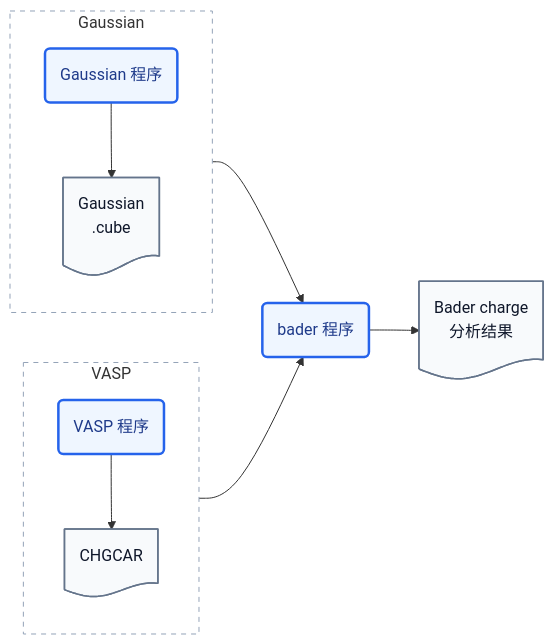
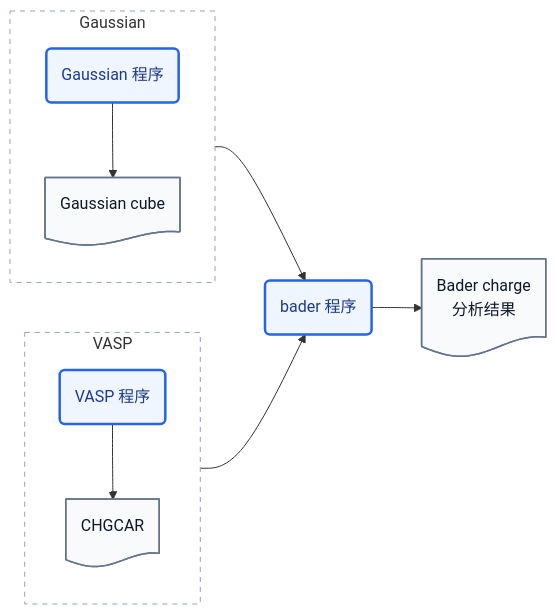
One commit to bzzlfd/bader-tools changed the first of 2 diagrams in README.md. Above: the diagram before and after it, drawn with Mermaid. The commit also changed other lines of this file, not shown here.

````diff
--- a/README.md
+++ b/README.md
@@ -17,27 +11,27 @@
 ```mermaid
 flowchart LR
     subgraph vasp["VASP"]
         direction TB
         vasp_program("VASP 程序")
         chgcar@{ shape: doc, label: "CHGCAR" }
         vasp_program --> chgcar
     end
 
     subgraph gaussian["Gaussian"]
         direction TB
         gaussian_program("Gaussian 程序")
-        cube@{ shape: doc, label: "Gaussian<br/>.cube" }
+        cube@{ shape: doc, label: "Gaussian cube" }
         gaussian_program --> cube
     end
 
-    chgcar --> bader("bader 程序")
-    cube --> bader
+    cube --> bader("bader 程序")
+    chgcar --> bader
     bader --> charge@{ shape: doc, label: "Bader charge<br/>分析结果" }
 
     classDef program fill:#eff6ff,stroke:#2563eb,color:#1e3a8a,stroke-width:2.5px
     classDef file fill:#f8fafc,stroke:#64748b,color:#0f172a,stroke-width:1.5px
     class vasp_program,gaussian_program,bader program
     class chgcar,cube,charge file
     style vasp fill:#ffffff,stroke:#94a3b8,stroke-dasharray:5 5
     style gaussian fill:#ffffff,stroke:#94a3b8,stroke-dasharray:5 5
 ```
````
